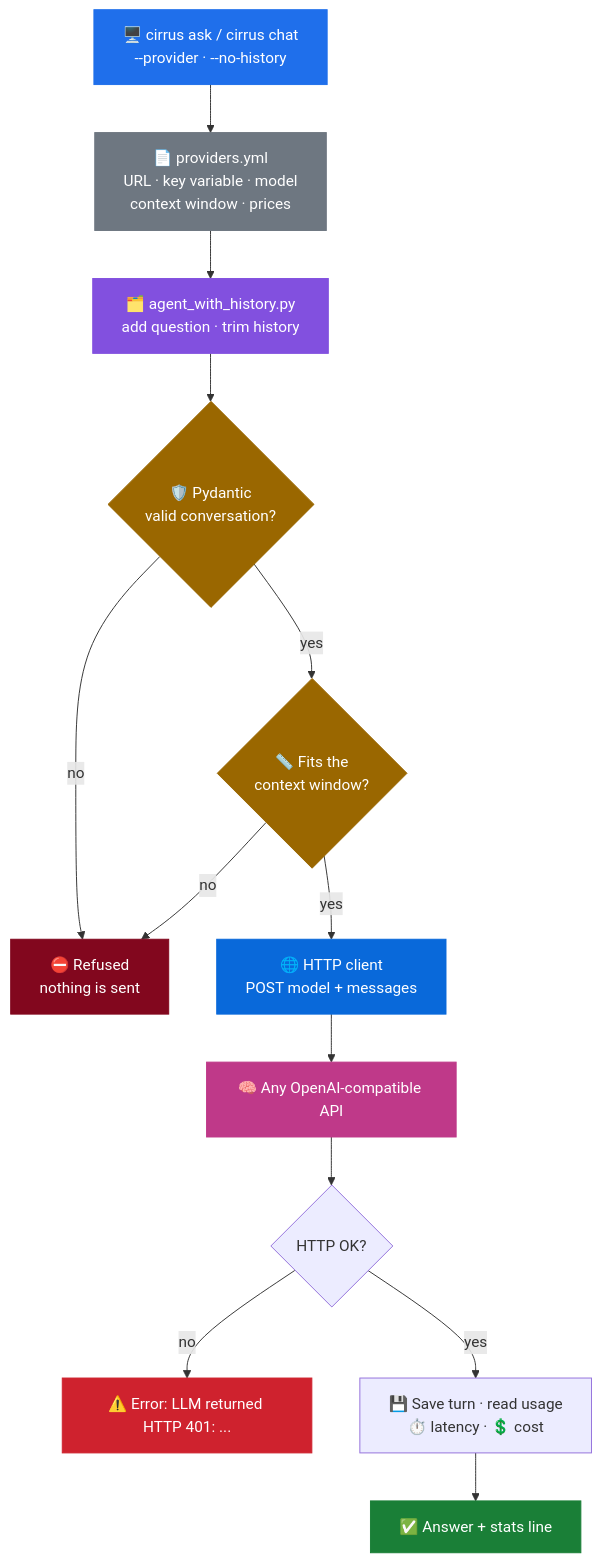
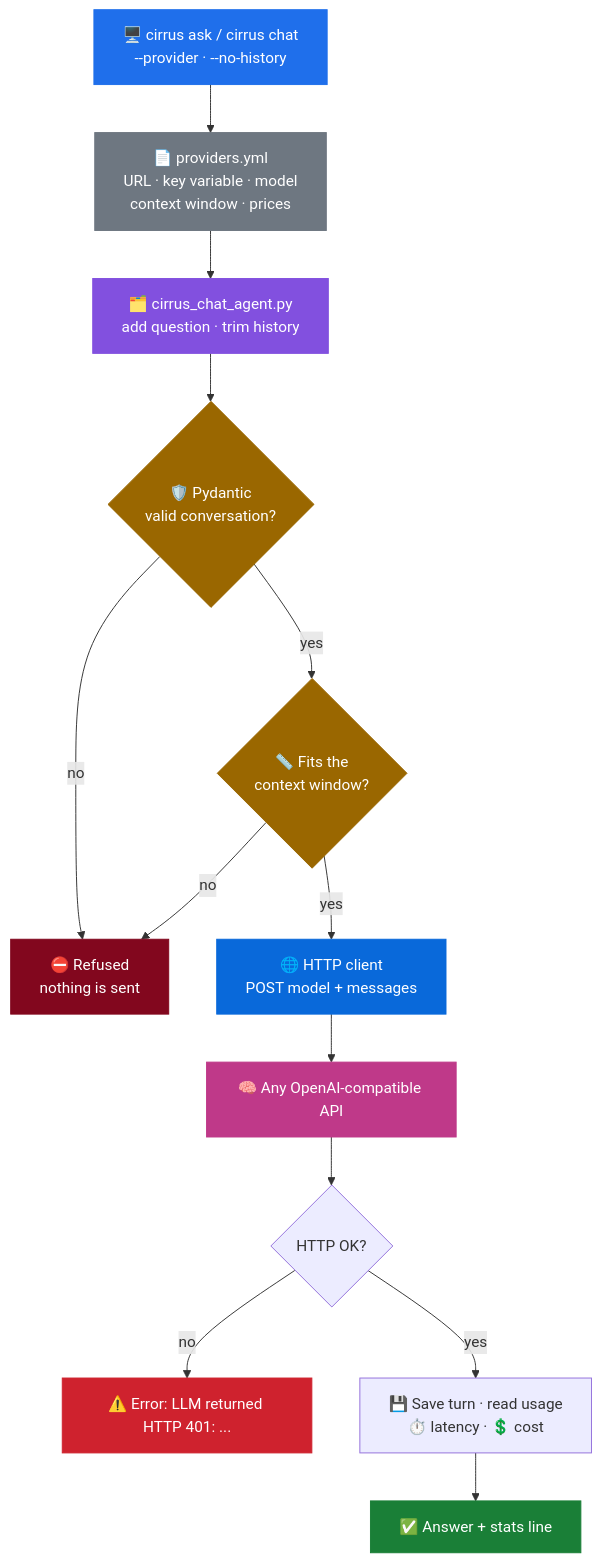
Before and after one commit to JayantArsode/Generative-AI-With-AWS: the first of 3 diagrams in README.md, drawn with Mermaid. The commit also changed other lines of this file and 15 other files, not shown here.

````diff
--- a/README.md
+++ b/README.md
@@ -50,34 +71,34 @@
 ```mermaid
 flowchart TD
     CLI["🖥️ cirrus ask / cirrus chat<br/>--provider · --no-history"]
     CFG["📄 providers.yml<br/>URL · key variable · model<br/>context window · prices"]
-    HIST["🗂️ agent_with_history.py<br/>add question · trim history"]
+    HIST["🗂️ cirrus_chat_agent.py<br/>add question · trim history"]
     VAL{"🛡️ Pydantic<br/>valid conversation?"}
     FIT{"📏 Fits the<br/>context window?"}
     REFUSE["⛔ Refused<br/>nothing is sent"]
     HTTP["🌐 HTTP client<br/>POST model + messages"]
     LLM["🧠 Any OpenAI-compatible API"]
     OK{"HTTP OK?"}
     ERR["⚠️ Error: LLM returned HTTP 401: ..."]
     STATS["💾 Save turn · read usage<br/>⏱️ latency · 💲 cost"]
     OUT["✅ Answer + stats line"]
 
     CLI --> CFG --> HIST --> VAL
     VAL -->|no| REFUSE
     VAL -->|yes| FIT
     FIT -->|no| REFUSE
     FIT -->|yes| HTTP --> LLM --> OK
     OK -->|no| ERR
     OK -->|yes| STATS --> OUT
 
     style CLI fill:#1f6feb,stroke:#1f6feb,color:#fff
     style CFG fill:#6e7781,stroke:#6e7781,color:#fff
     style HIST fill:#8250df,stroke:#8250df,color:#fff
     style VAL fill:#9a6700,stroke:#9a6700,color:#fff
     style FIT fill:#9a6700,stroke:#9a6700,color:#fff
     style REFUSE fill:#82071e,stroke:#82071e,color:#fff
     style HTTP fill:#0969da,stroke:#0969da,color:#fff
     style LLM fill:#bf3989,stroke:#bf3989,color:#fff
     style ERR fill:#cf222e,stroke:#cf222e,color:#fff
     style OUT fill:#1a7f37,stroke:#1a7f37,color:#fff
 ```
````
